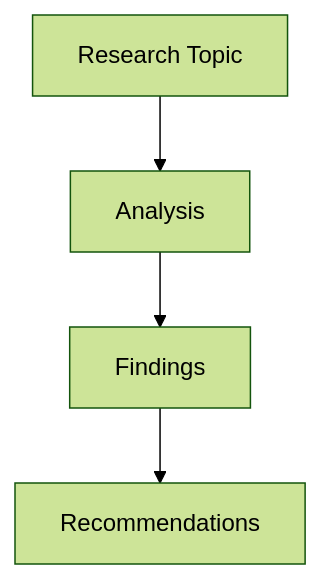
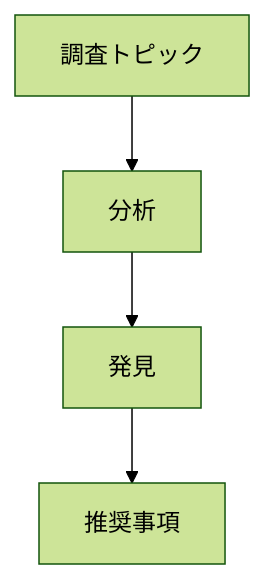
Before and after one commit to sc30gsw/claude-code-customes: the diagram in docs/commands/spec/tech-research.md, drawn with Mermaid (forest theme). The commit also changed other lines of this file and 63 other files, not shown here.

````diff
--- a/docs/commands/spec/tech-research.md
+++ b/docs/commands/spec/tech-research.md
@@ -291,6 +291,6 @@
 ```mermaid
 graph TD
-    A[Research Topic] --> B[Analysis]
-    B --> C[Findings]
-    C --> D[Recommendations]
+    A[調査トピック] --> B[分析]
+    B --> C[発見]
+    C --> D[推奨事項]
 ```
````
